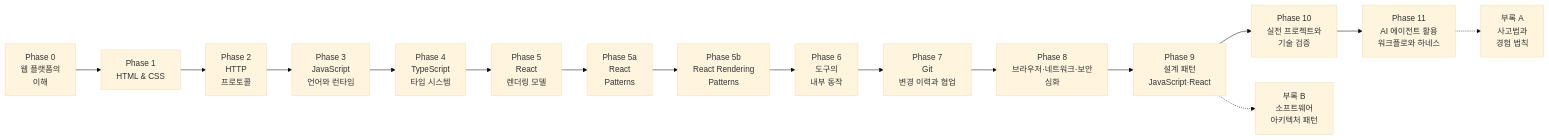
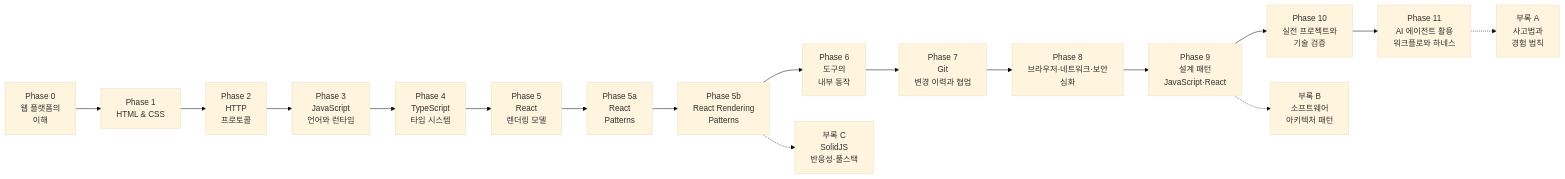
Before and after one commit to lee-gyu/web-fe-roadmap-study: the diagram in ROADMAP.md, drawn with Mermaid (base theme). The commit also changed other lines of this file and 11 other files, not shown here.

````diff
--- a/ROADMAP.md
+++ b/ROADMAP.md
@@ -30,18 +30,19 @@
 ```mermaid
 flowchart LR
     P0["Phase 0<br/>웹 플랫폼의<br/>이해"] --> P1["Phase 1<br/>HTML & CSS"]
     P1 --> P2["Phase 2<br/>HTTP<br/>프로토콜"]
     P2 --> P3["Phase 3<br/>JavaScript<br/>언어와 런타임"]
     P3 --> P4["Phase 4<br/>TypeScript<br/>타입 시스템"]
     P4 --> P5["Phase 5<br/>React<br/>렌더링 모델"]
     P5 --> P5A["Phase 5a<br/>React<br/>Patterns"]
     P5A --> P5B["Phase 5b<br/>React Rendering<br/>Patterns"]
     P5B --> P6["Phase 6<br/>도구의<br/>내부 동작"]
     P6 --> P7["Phase 7<br/>Git<br/>변경 이력과 협업"]
     P7 --> P8["Phase 8<br/>브라우저·네트워크·보안<br/>심화"]
     P8 --> P9["Phase 9<br/>설계 패턴<br/>JavaScript·React"]
     P9 --> P10["Phase 10<br/>실전 프로젝트와<br/>기술 검증"]
     P10 --> P11["Phase 11<br/>AI 에이전트 활용<br/>워크플로와 하네스"]
     P11 -.-> A1["부록 A<br/>사고법과<br/>경험 법칙"]
     P9 -.-> B1["부록 B<br/>소프트웨어<br/>아키텍처 패턴"]
+    P5B -.-> C1["부록 C<br/>SolidJS<br/>반응성·풀스택"]
 ```
````
